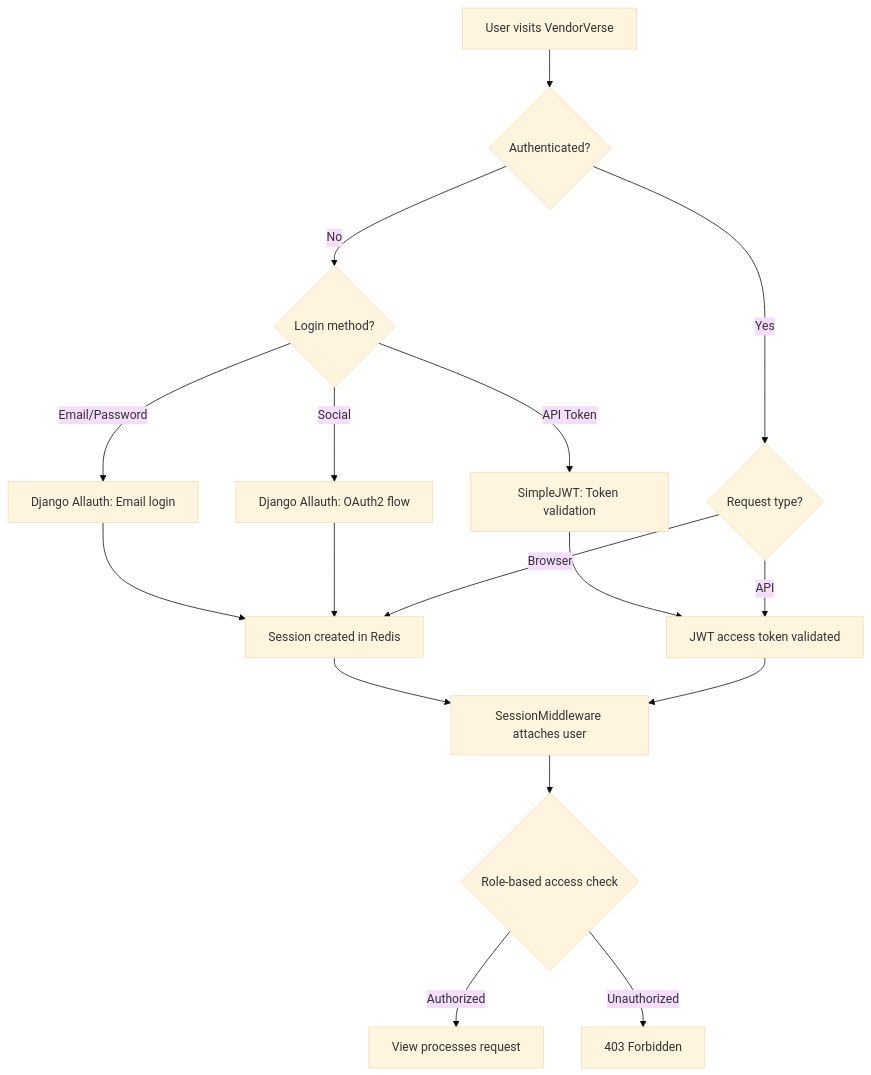
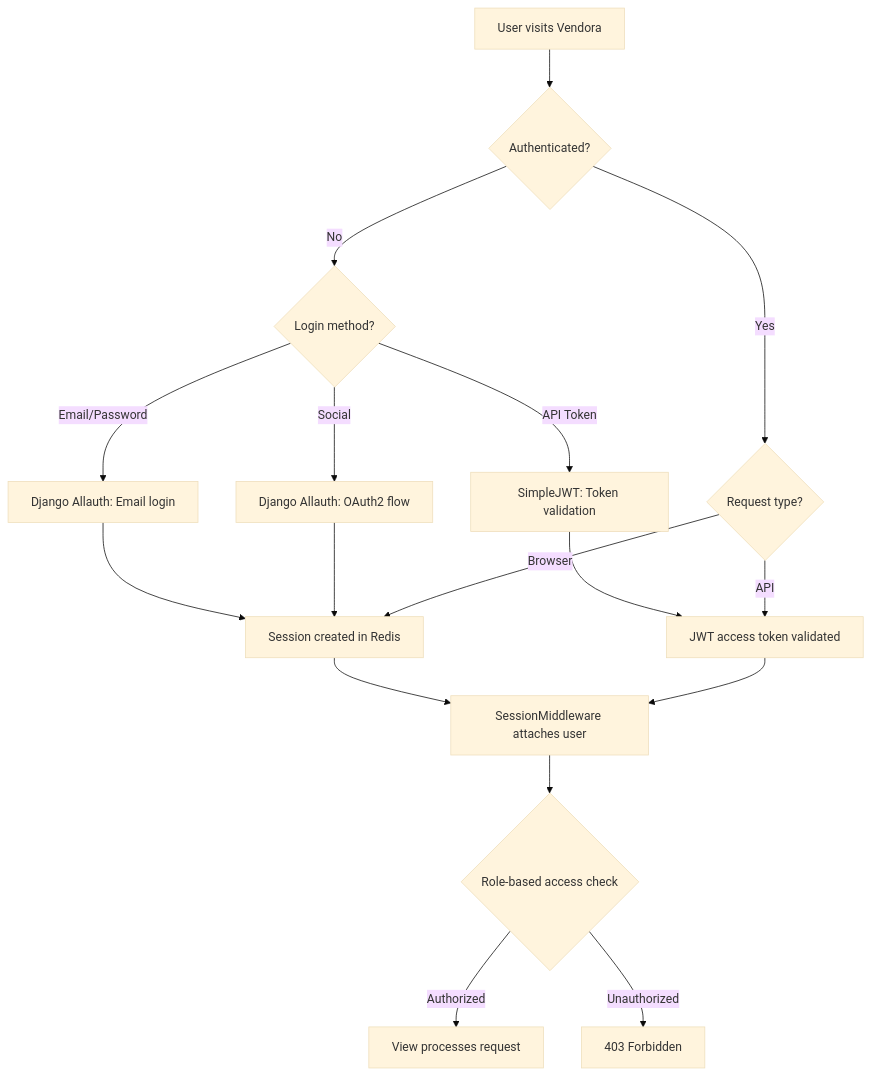
Before and after one commit to dhruv1518/vendor-verse: the tenth of 13 diagrams in docs/03-system-architecture.md, drawn with Mermaid (base theme). The commit also changed other lines of this file and 81 other files, not shown here.

Commit message:
refactor: rename VendorVerse to Vendora across templates, apps, config, docs, and report

````diff
--- a/docs/03-system-architecture.md
+++ b/docs/03-system-architecture.md
@@ -462,24 +462,24 @@
 ```mermaid
 flowchart TD
-    A[User visits VendorVerse] --> B{Authenticated?}
+    A[User visits Vendora] --> B{Authenticated?}
 
     B -->|No| C{Login method?}
     C -->|Email/Password| D[Django Allauth: Email login]
     C -->|Social| E[Django Allauth: OAuth2 flow]
     C -->|API Token| F[SimpleJWT: Token validation]
 
     D --> G[Session created in Redis]
     E --> G
     F --> H[JWT access token validated]
 
     B -->|Yes| I{Request type?}
     I -->|Browser| G
     I -->|API| H
 
     G --> J[SessionMiddleware attaches user]
     H --> J
 
     J --> K{Role-based access check}
     K -->|Authorized| L[View processes request]
     K -->|Unauthorized| M[403 Forbidden]
 ```
````
